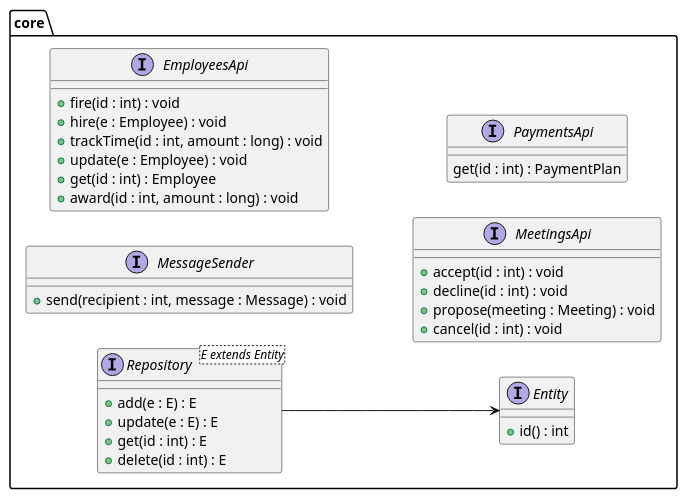
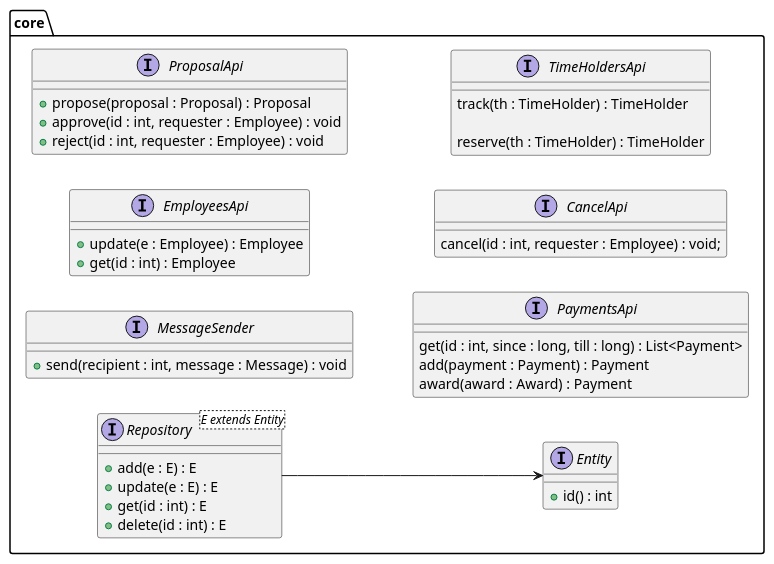
Before and after one commit to JohnKhandygo/employee-managment: the diagram in diagrams/classes/core.puml, drawn with PlantUML. The commit also changed 21 other files, not shown here.

Commit message:
#9 update classes diagrams.

```diff
--- a/diagrams/classes/core.puml
+++ b/diagrams/classes/core.puml
@@ -1,44 +1,53 @@
 @startuml
 left to right direction
 
 package "core" {
 
 interface Entity {
   + id() : int
 }
 
 interface MessageSender {
   + send(recipient : int, message : Message) : void
 }
 
 interface Repository<E extends Entity> {
   + add(e : E) : E
   + update(e : E) : E
   + get(id : int) : E
   + delete(id : int) : E
 }
 
-interface EmployeesApi {
-  + fire(id : int) : void
-  + hire(e : Employee) : void
-  + trackTime(id : int, amount : long) : void
-  + update(e : Employee) : void
-  + get(id : int) : Employee
-  + award(id : int, amount : long) : void
+
+    interface EmployeesApi {
+      + update(e : Employee) : Employee
+      + get(id : int) : Employee
+    }
+
+    interface ProposalApi {
+      + propose(proposal : Proposal) : Proposal
+      + approve(id : int, requester : Employee) : void
+      + reject(id : int, requester : Employee) : void
+    }
+
+    interface PaymentsApi {
+      get(id : int, since : long, till : long) : List<Payment>
+      add(payment : Payment) : Payment
+      award(award : Award) : Payment
+    }
+
+    interface CancelApi {
+      cancel(id : int, requester : Employee) : void;
+    }
+
+    interface TimeHoldersApi {
+
+      track(th : TimeHolder) : TimeHolder
+
+      reserve(th : TimeHolder) : TimeHolder
+    }
 }
 
-interface MeetingsApi {
-  + accept(id : int) : void
-  + decline(id : int) : void
-  + propose(meeting : Meeting) : void
-  + cancel(id : int) : void
-}
-
-interface PaymentsApi {
-  get(id : int) : PaymentPlan
-}
 
 Repository --> Entity
-}
-
 @enduml
```
